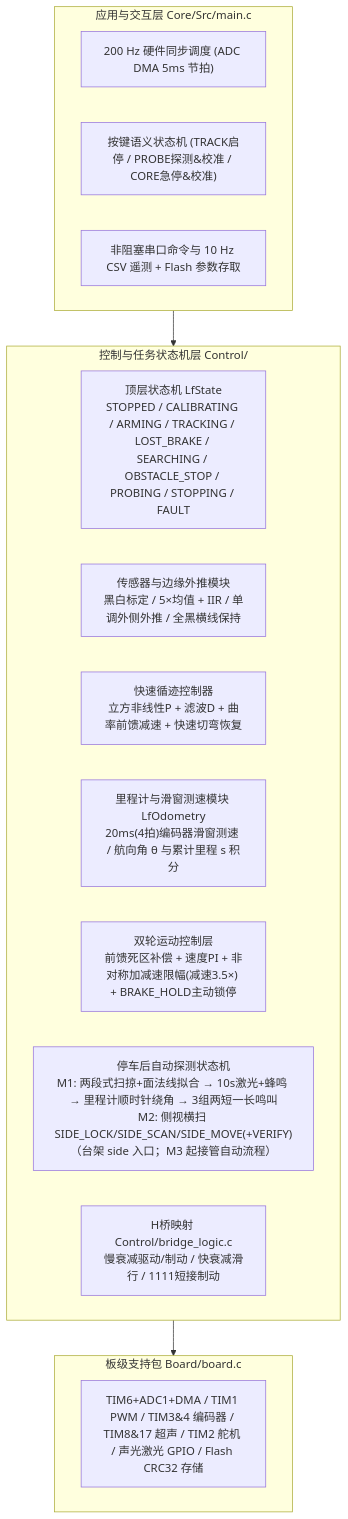
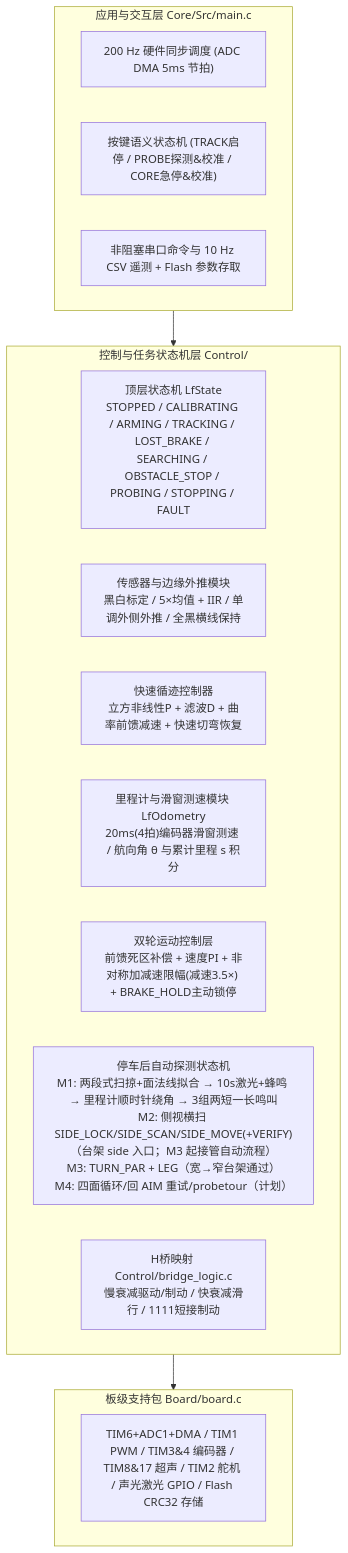
Before and after one commit to ChenCong-0710/intelligent_car: the diagram in docs/software-architecture-and-review.md, drawn with Mermaid. The commit also changed 12 other files, not shown here.

First line of the commit message:
feat(probe): M4 Gate 0 实车通过（TURN_PAR + faces=2）+ 侧距连续采样/平移测斜/LEG 倒回

````diff
--- a/docs/software-architecture-and-review.md
+++ b/docs/software-architecture-and-review.md
@@ -38,24 +38,24 @@
 ```mermaid
 flowchart TD
     subgraph CORE["应用与交互层 Core/Src/main.c"]
         SCHED["200 Hz 硬件同步调度 (ADC DMA 5ms 节拍)"]
         KEYS["按键语义状态机 (TRACK启停 / PROBE探测&校准 / CORE急停&校准)"]
         CLI["非阻塞串口命令与 10 Hz CSV 遥测 + Flash 参数存取"]
     end
 
     subgraph CTRL["控制与任务状态机层 Control/"]
         SM["顶层状态机 LfState<br/>STOPPED / CALIBRATING / ARMING / TRACKING / LOST_BRAKE / SEARCHING / OBSTACLE_STOP / PROBING / STOPPING / FAULT"]
         SENS["传感器与边缘外推模块<br/>黑白标定 / 5×均值 + IIR / 单调外侧外推 / 全黑横线保持"]
         TRACK["快速循迹控制器<br/>立方非线性P + 滤波D + 曲率前馈减速 + 快速切弯恢复"]
         ODO["里程计与滑窗测速模块 LfOdometry<br/>20ms(4拍)编码器滑窗测速 / 航向角 θ 与累计里程 s 积分"]
         MOT["双轮运动控制层<br/>前馈死区补偿 + 速度PI + 非对称加减速限幅(减速3.5×) + BRAKE_HOLD主动锁停"]
-        PROBE["停车后自动探测状态机<br/>M1: 两段式扫掠+面法线拟合 → 10s激光+蜂鸣 → 里程计顺时针绕角 → 3组两短一长鸣叫<br/>M2: 侧视横扫 SIDE_LOCK/SIDE_SCAN/SIDE_MOVE(+VERIFY)（台架 side 入口；M3 起接管自动流程）"]
+        PROBE["停车后自动探测状态机<br/>M1: 两段式扫掠+面法线拟合 → 10s激光+蜂鸣 → 里程计顺时针绕角 → 3组两短一长鸣叫<br/>M2: 侧视横扫 SIDE_LOCK/SIDE_SCAN/SIDE_MOVE(+VERIFY)（台架 side 入口；M3 起接管自动流程）<br/>M3: TURN_PAR + LEG（宽→窄台架通过）<br/>M4: 四面循环/回 AIM 重试/probetour（计划）"]
         BRG["H桥映射 Control/bridge_logic.c<br/>慢衰减驱动/制动 / 快衰减滑行 / 1111短接制动"]
     end
 
     subgraph BSP["板级支持包 Board/board.c"]
         HW["TIM6+ADC1+DMA / TIM1 PWM / TIM3&4 编码器 / TIM8&17 超声 / TIM2 舵机 / 声光激光 GPIO / Flash CRC32 存储"]
     end
 
     CORE --> CTRL --> BSP
 ```
````
